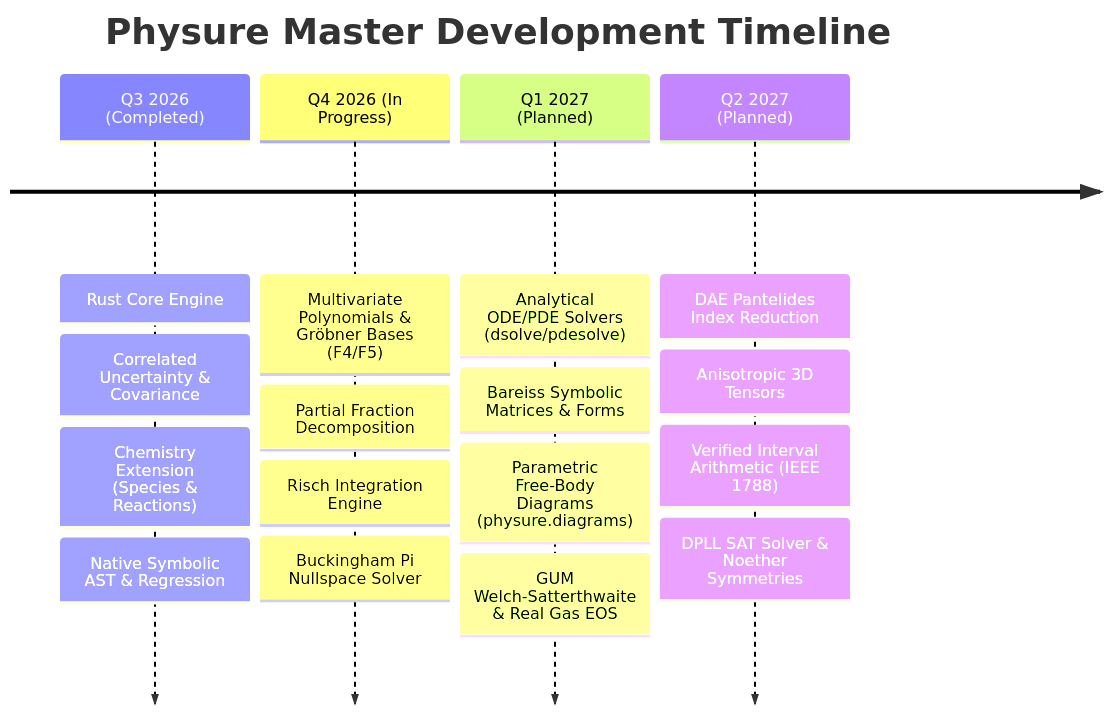
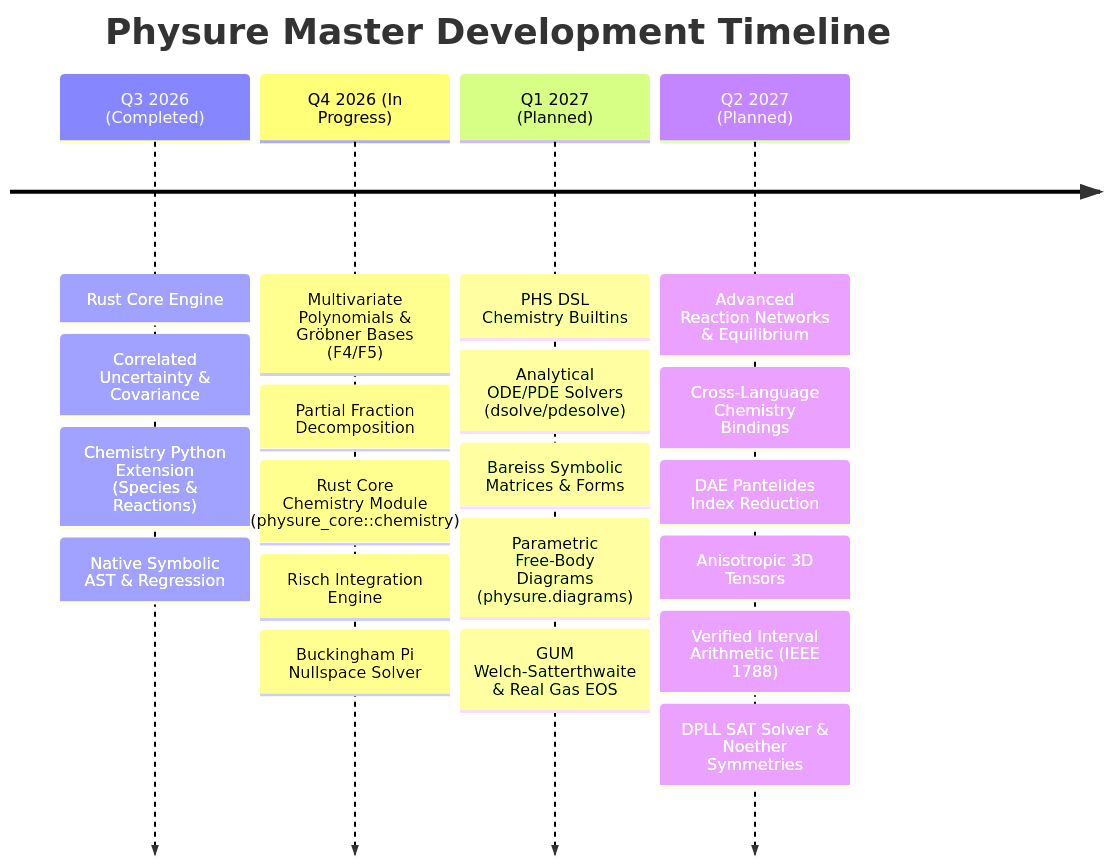
One commit to Alexisrx96/physure changed the diagram in docs/ROADMAP.md. Above: the diagram before and after it, drawn with Mermaid. The commit also changed 1 other file, not shown here.

Commit message:
docs(roadmap): merge the two timelines into one, keep both files
ROADMAP.md and docs/ROADMAP.md had drifted: each timeline had items the other lacked. Both now carry the union. Each file keeps its own link base and everything else.

````diff
--- a/docs/ROADMAP.md
+++ b/docs/ROADMAP.md
@@ -59,8 +59,8 @@
 ```mermaid
 timeline
     title Physure Master Development Timeline
-    Q3 2026 (Completed) : Rust Core Engine : Correlated Uncertainty & Covariance : Chemistry Extension (Species & Reactions) : Native Symbolic AST & Regression
-    Q4 2026 (In Progress) : Multivariate Polynomials & Gröbner Bases (F4/F5) : Partial Fraction Decomposition : Risch Integration Engine : Buckingham Pi Nullspace Solver
-    Q1 2027 (Planned) : Analytical ODE/PDE Solvers (dsolve/pdesolve) : Bareiss Symbolic Matrices & Forms : Parametric Free-Body Diagrams (physure.diagrams) : GUM Welch-Satterthwaite & Real Gas EOS
-    Q2 2027 (Planned) : DAE Pantelides Index Reduction : Anisotropic 3D Tensors : Verified Interval Arithmetic (IEEE 1788) : DPLL SAT Solver & Noether Symmetries
+    Q3 2026 (Completed) : Rust Core Engine : Correlated Uncertainty & Covariance : Chemistry Python Extension (Species & Reactions) : Native Symbolic AST & Regression
+    Q4 2026 (In Progress) : Multivariate Polynomials & Gröbner Bases (F4/F5) : Partial Fraction Decomposition : Rust Core Chemistry Module (physure_core::chemistry) : Risch Integration Engine : Buckingham Pi Nullspace Solver
+    Q1 2027 (Planned) : PHS DSL Chemistry Builtins : Analytical ODE/PDE Solvers (dsolve/pdesolve) : Bareiss Symbolic Matrices & Forms : Parametric Free-Body Diagrams (physure.diagrams) : GUM Welch-Satterthwaite & Real Gas EOS
+    Q2 2027 (Planned) : Advanced Reaction Networks & Equilibrium : Cross-Language Chemistry Bindings : DAE Pantelides Index Reduction : Anisotropic 3D Tensors : Verified Interval Arithmetic (IEEE 1788) : DPLL SAT Solver & Noether Symmetries
 ```
````
